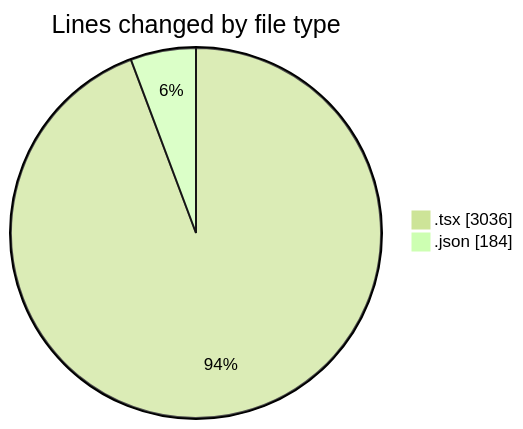
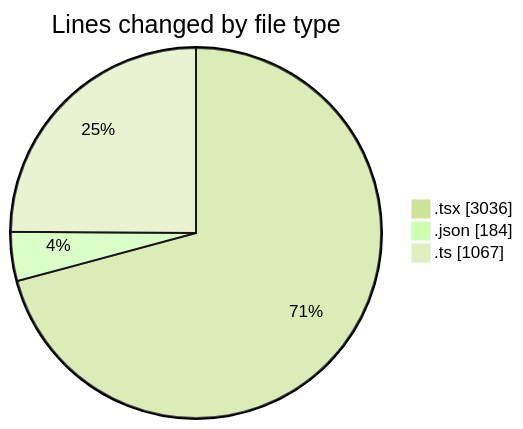
Before and after one commit to momahboobian/code-tracking: the first of 2 diagrams in 2025-11-21/cda/README.md, drawn with Mermaid (forest theme). The commit also changed other lines of this file and 1 other file, not shown here.

````diff
--- a/2025-11-21/cda/README.md
+++ b/2025-11-21/cda/README.md
@@ -25,6 +26,7 @@
 ```mermaid
 pie showData
 title Lines changed by file type
 ".tsx" : 3036
 ".json" : 184
+".ts" : 1067
 ```
````
